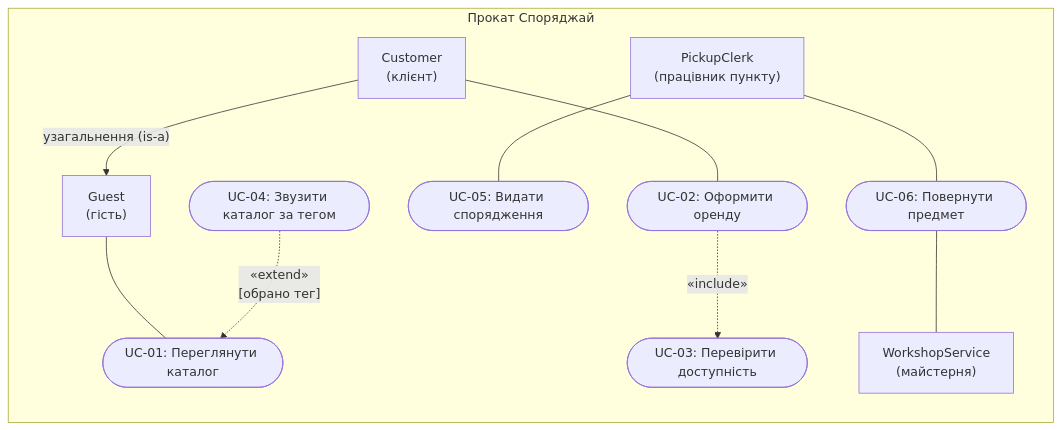
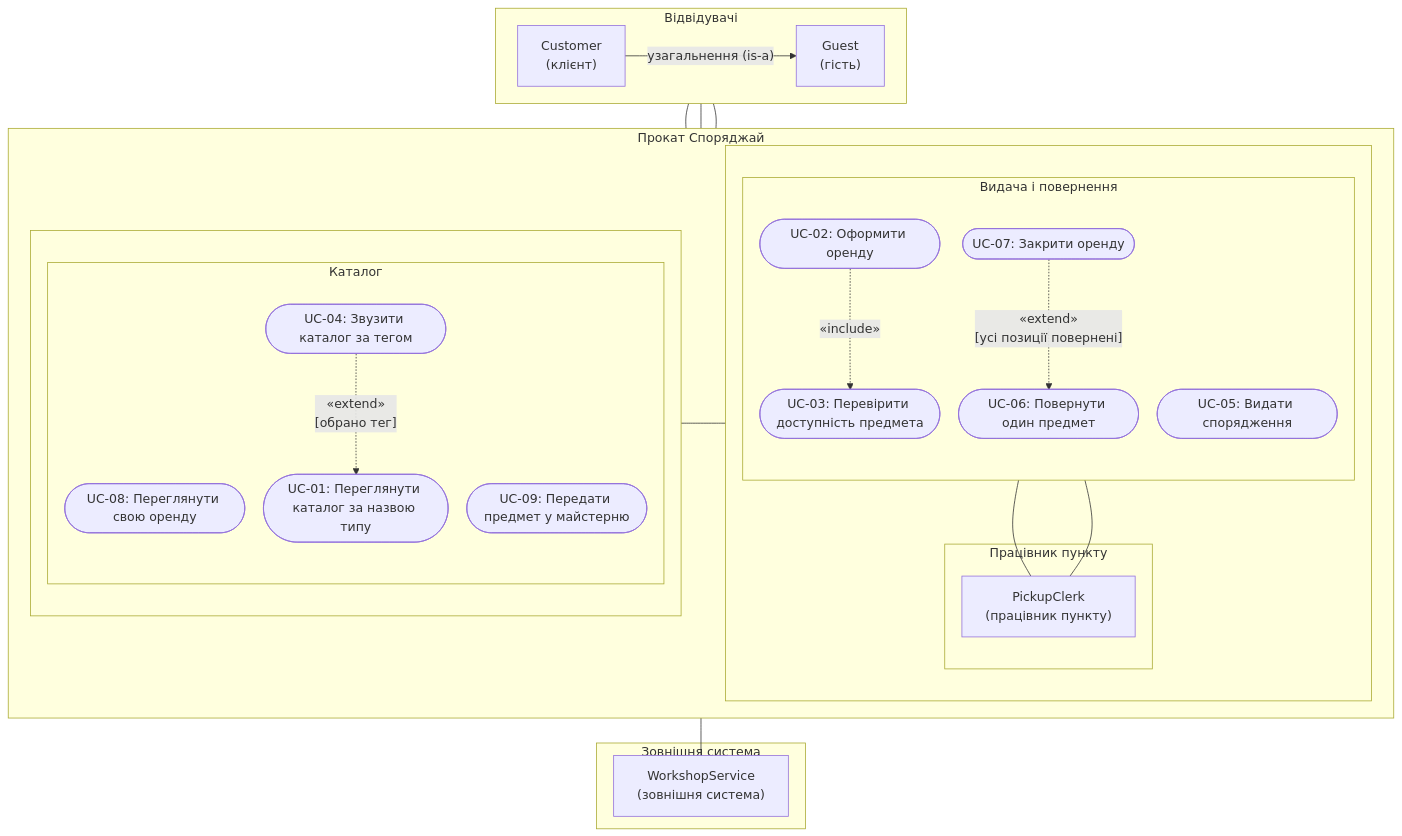
One commit to kirgafan/KPI_labs changed the diagram in Labs/lab-2/model.mmd. Above: the diagram before and after it, drawn with Mermaid. The commit also changed 2 other files, not shown here.

Commit message:
refactor(lab-2): regenerate requirements and render diagram

```diff
--- a/Labs/lab-2/model.mmd
+++ b/Labs/lab-2/model.mmd
@@ -1,23 +1,52 @@
+%%{init: {"flowchart": {"nodeSpacing": 24, "rankSpacing": 32, "htmlLabels": true}}}%%
 flowchart TB
-    subgraph boundary ["Прокат Споряджай"]
-        direction TB
+    subgraph visitors ["Відвідувачі"]
+        direction LR
         Customer["Customer<br/>(клієнт)"]
         Guest["Guest<br/>(гість)"]
-        PickupClerk["PickupClerk<br/>(працівник пункту)"]
-        WorkshopService["WorkshopService<br/>(майстерня)"]
-        UC01(["UC-01: Переглянути каталог"])
-        UC02(["UC-02: Оформити оренду"])
-        UC03(["UC-03: Перевірити доступність"])
-        UC04(["UC-04: Звузити каталог за тегом"])
-        UC05(["UC-05: Видати спорядження"])
-        UC06(["UC-06: Повернути предмет"])
+    end
+
+    subgraph columns ["Прокат Споряджай"]
+        direction LR
+        subgraph leftColumn [" "]
+            direction TB
+            subgraph issue ["Видача і повернення"]
+                direction TB
+                UC02(["UC-02: Оформити оренду"])
+                UC03(["UC-03: Перевірити доступність предмета"])
+                UC05(["UC-05: Видати спорядження"])
+                UC07(["UC-07: Закрити оренду"])
+                UC06(["UC-06: Повернути один предмет"])
+            end
+            subgraph staff ["Працівник пункту"]
+                PickupClerk["PickupClerk<br/>(працівник пункту)"]
+            end
+        end
+        subgraph rightColumn [" "]
+            direction TB
+            subgraph catalog ["Каталог"]
+                direction TB
+                UC08(["UC-08: Переглянути свою оренду"])
+                UC04(["UC-04: Звузити каталог за тегом"])
+                UC01(["UC-01: Переглянути каталог за назвою типу"])
+                UC09(["UC-09: Передати предмет у майстерню"])
+            end
+        end
+    end
+
+    subgraph external ["Зовнішня система"]
+        WorkshopService["WorkshopService<br/>(зовнішня система)"]
     end
 
     Customer -- "узагальнення (is-a)" --> Guest
+    Guest --- UC01
     Customer --- UC02
-    Guest --- UC01
-    PickupClerk --- UC05
-    PickupClerk --- UC06
+    Customer --- UC08
+    UC05 --- PickupClerk
+    UC06 --- PickupClerk
+    UC09 --- PickupClerk
+    UC09 --- WorkshopService
+
+    UC04 -. "«extend»<br/>[обрано тег]" .-> UC01
     UC02 -. "«include»" .-> UC03
-    UC04 -. "«extend»<br/>[обрано тег]" .-> UC01
-    UC06 --- WorkshopService
+    UC07 -. "«extend»<br/>[усі позиції повернені]" .-> UC06
```
